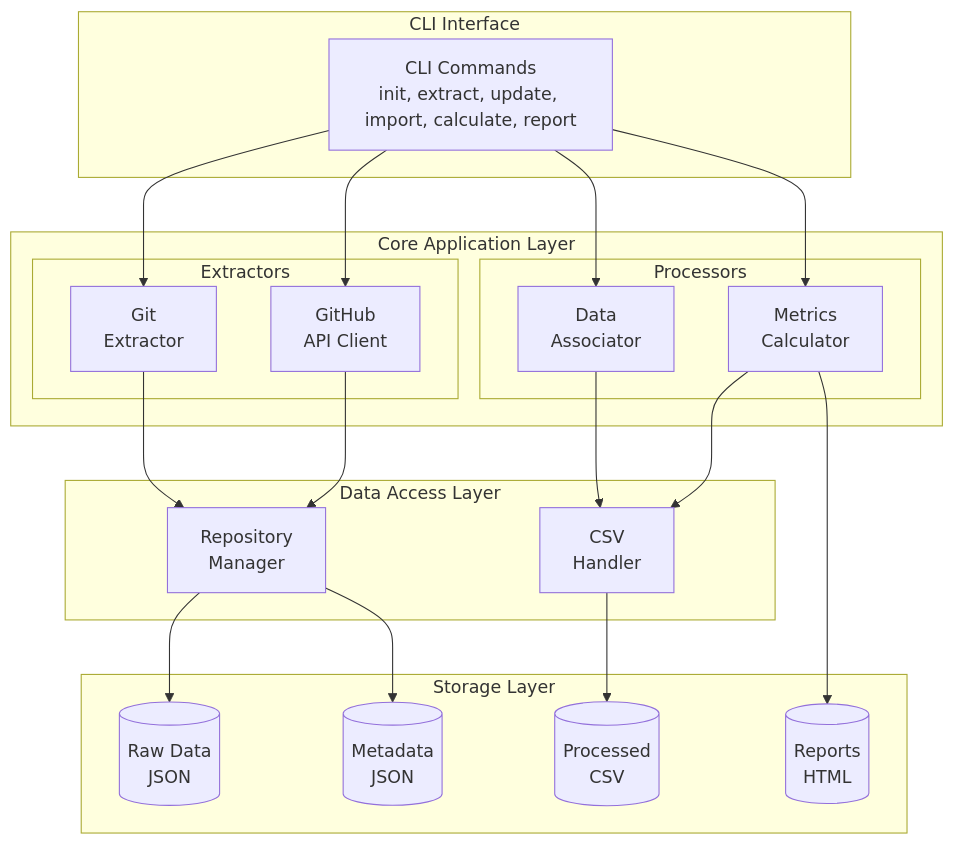
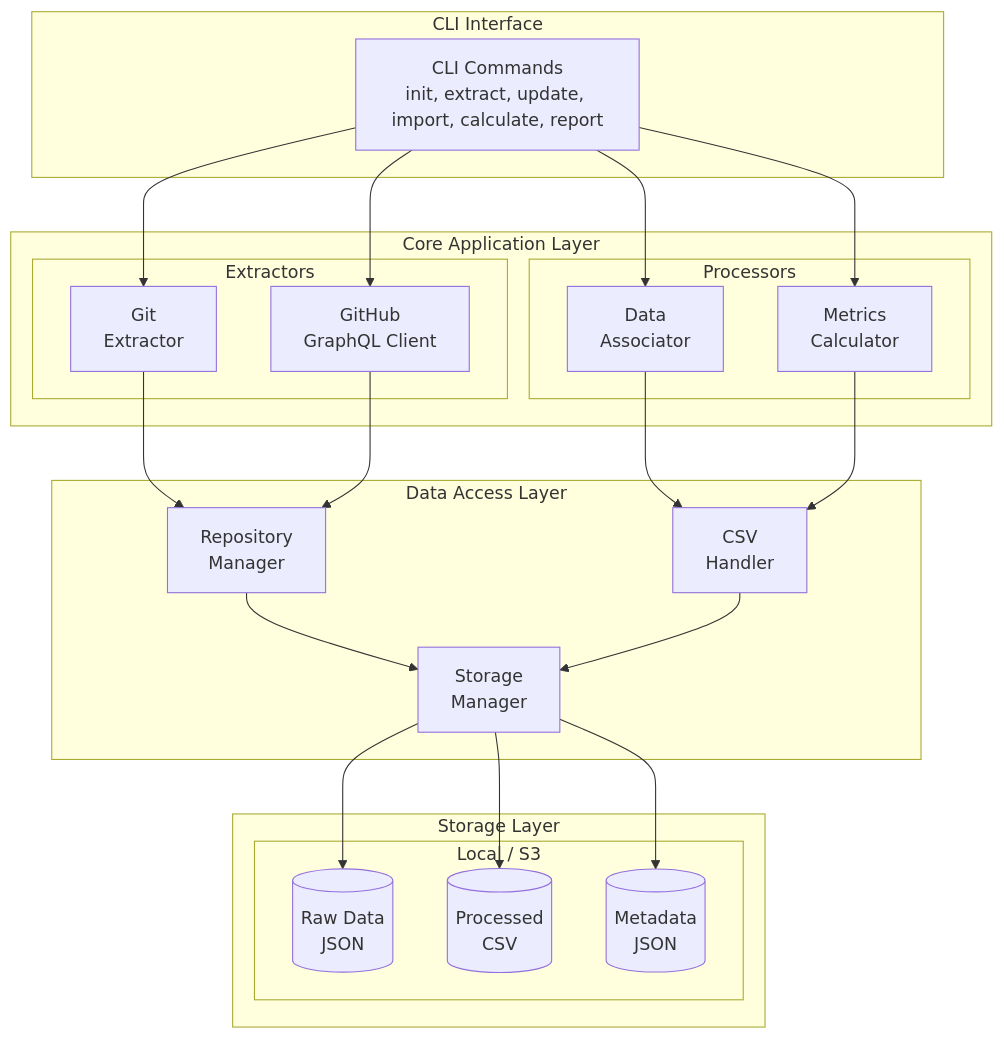
The first of 8 diagrams in ARCHITECTURE.md (ephess/dora-metrics-calculator), drawn with Mermaid before and after one commit. The commit also changed other lines of this file, not shown here.

First line of the commit message:
Update architecture: GraphQL API, simplifications, and S3 storage support

````diff
--- a/ARCHITECTURE.md
+++ b/ARCHITECTURE.md
@@ -71,45 +71,48 @@
 ```mermaid
 graph TB
     subgraph "CLI Interface"
         CLI[CLI Commands<br/>init, extract, update, import, calculate, report]
     end
     
     subgraph "Core Application Layer"
         subgraph "Extractors"
             GE[Git<br/>Extractor]
-            GH[GitHub<br/>API Client]
+            GH[GitHub<br/>GraphQL Client]
         end
         
         subgraph "Processors"
             DA[Data<br/>Associator]
             MC[Metrics<br/>Calculator]
         end
     end
     
     subgraph "Data Access Layer"
         RM[Repository<br/>Manager]
         CH[CSV<br/>Handler]
+        SM[Storage<br/>Manager]
     end
     
     subgraph "Storage Layer"
-        RD[(Raw Data<br/>JSON)]
-        PD[(Processed<br/>CSV)]
-        RP[(Reports<br/>HTML)]
-        MD[(Metadata<br/>JSON)]
+        subgraph "Local / S3"
+            RD[(Raw Data<br/>JSON)]
+            PD[(Processed<br/>CSV)]
+            MD[(Metadata<br/>JSON)]
+        end
     end
     
     CLI --> GE
     CLI --> GH
     CLI --> DA
     CLI --> MC
     
     GE --> RM
     GH --> RM
     DA --> CH
     MC --> CH
     
-    RM --> RD
-    CH --> PD
-    MC --> RP
-    RM --> MD
+    RM --> SM
+    CH --> SM
+    SM --> RD
+    SM --> PD
+    SM --> MD
 ```
````
